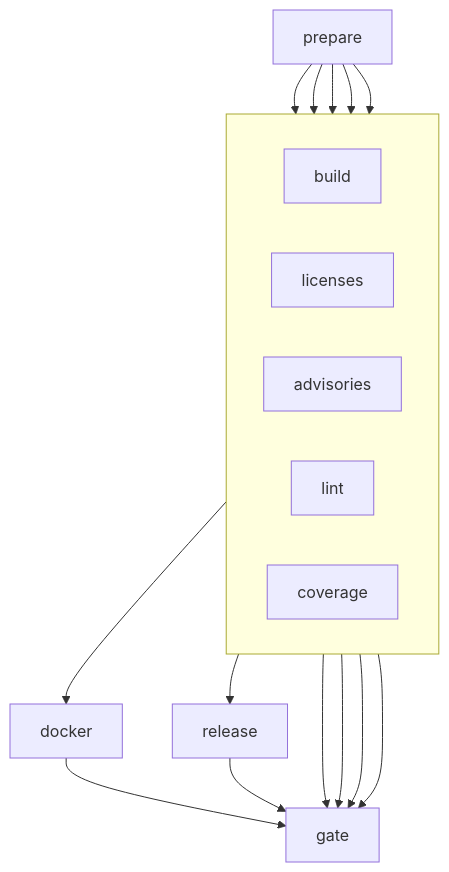
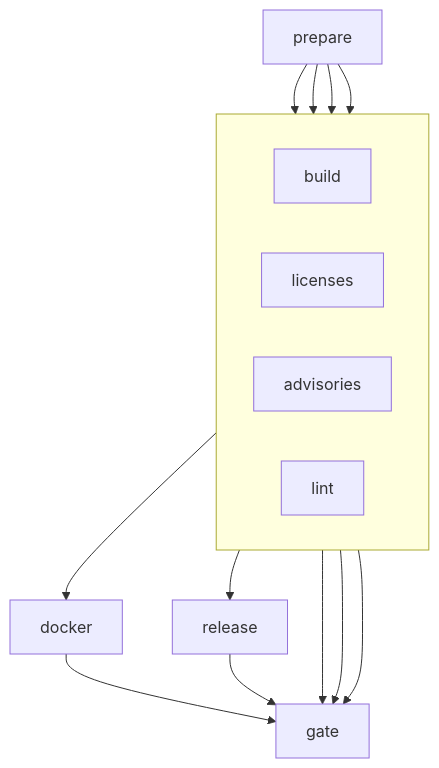
One commit to eclipse-opensovd/opensovd-core changed the diagram in docs/ci.md. Above: the diagram before and after it, drawn with Mermaid. The commit also changed other lines of this file and 4 other files, not shown here.

````diff
--- a/docs/ci.md
+++ b/docs/ci.md
@@ -44,15 +64,14 @@
 ```mermaid
 flowchart TB
     prepare
     subgraph parallel[ ]
         direction LR
         build
         licenses
         advisories
         lint
-        coverage
     end
-    prepare --> build & licenses & advisories & lint & coverage
+    prepare --> build & licenses & advisories & lint
     build --> docker & release
-    docker & release & licenses & advisories & lint & coverage --> gate
+    docker & release & licenses & advisories & lint --> gate
 ```
````
